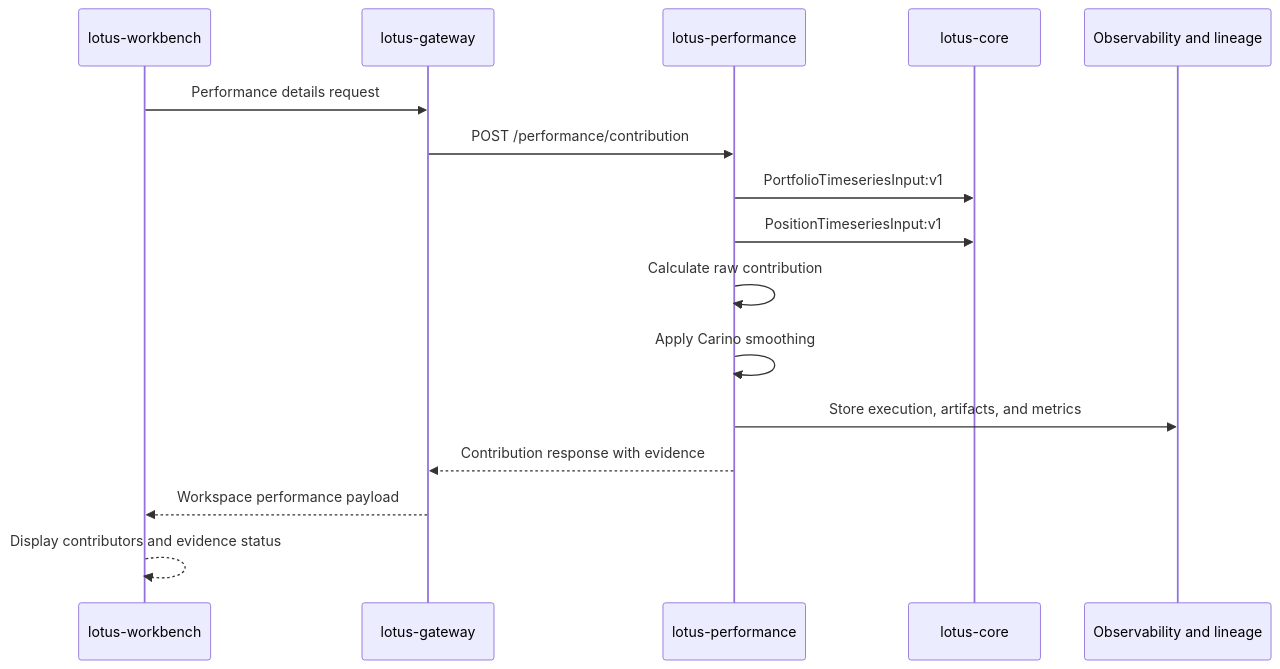
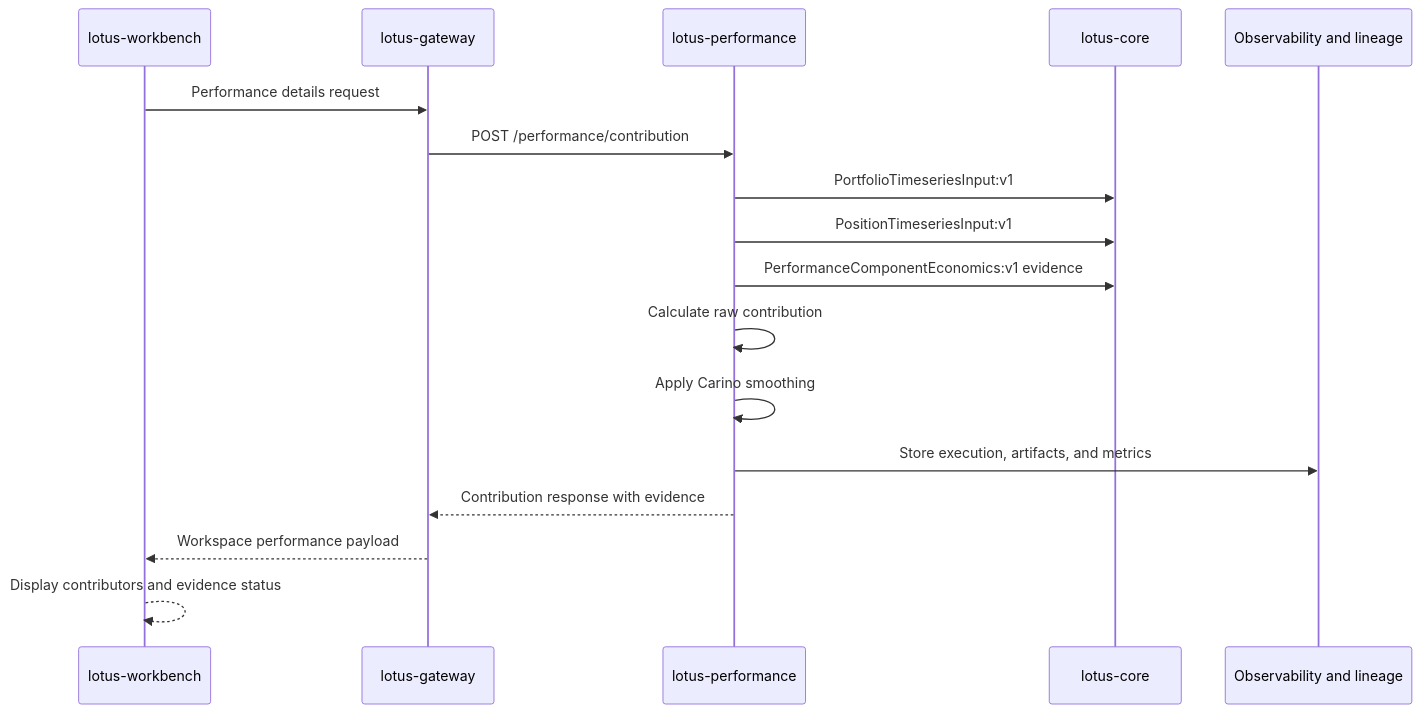
Before and after one commit to sgajbi/lotus-performance: the second of 2 diagrams in wiki/Contribution-Analytics.md, drawn with Mermaid. The commit also changed other lines of this file and 18 other files, not shown here.

Commit message:
Consume performance component economics evidence

````diff
--- a/wiki/Contribution-Analytics.md
+++ b/wiki/Contribution-Analytics.md
@@ -50,19 +50,20 @@
 ```mermaid
 sequenceDiagram
     participant UI as lotus-workbench
     participant GW as lotus-gateway
     participant PERF as lotus-performance
     participant CORE as lotus-core
     participant OBS as Observability and lineage
 
     UI->>GW: Performance details request
     GW->>PERF: POST /performance/contribution
     PERF->>CORE: PortfolioTimeseriesInput:v1
     PERF->>CORE: PositionTimeseriesInput:v1
+    PERF->>CORE: PerformanceComponentEconomics:v1 evidence
     PERF->>PERF: Calculate raw contribution
     PERF->>PERF: Apply Carino smoothing
     PERF->>OBS: Store execution, artifacts, and metrics
     PERF-->>GW: Contribution response with evidence
     GW-->>UI: Workspace performance payload
     UI-->>UI: Display contributors and evidence status
 ```
````
